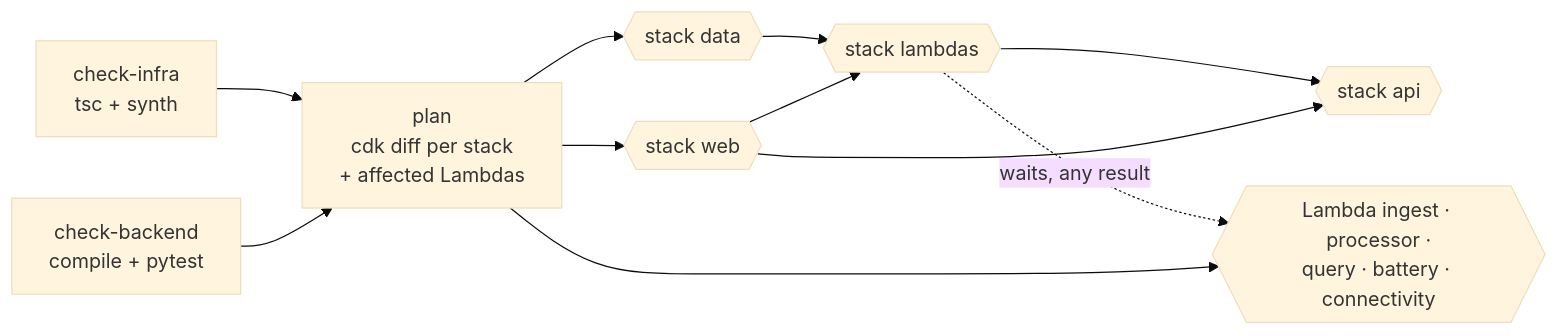
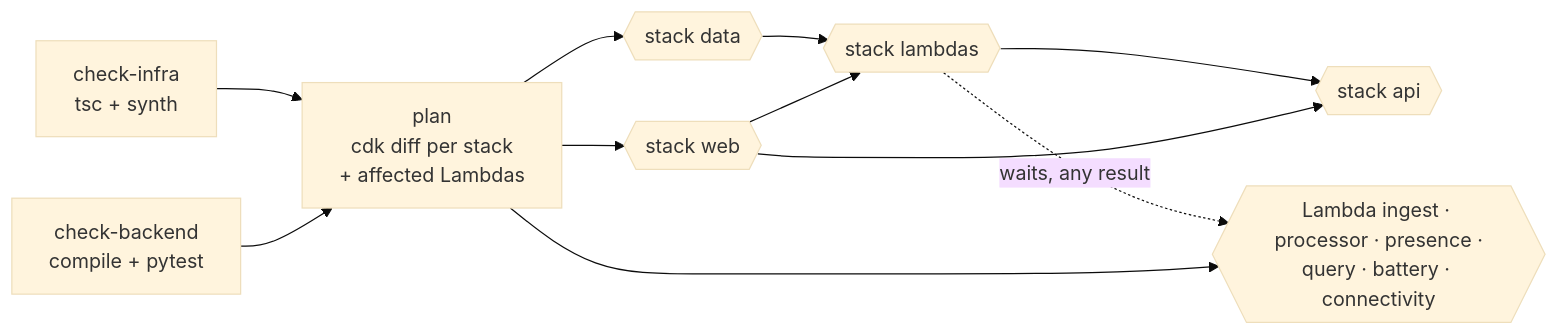
The sixth of 9 diagrams in docs/infrastructure.md (lupseIV/DataInfrastructure_404PorscheNotFound), drawn with Mermaid (base theme) before and after one commit. The commit also changed other lines of this file and 52 other files, not shown here.

````diff
--- a/docs/infrastructure.md
+++ b/docs/infrastructure.md
@@ -289,14 +337,14 @@
 ```mermaid
 flowchart LR
     ci["check-infra<br/>tsc + synth"] --> plan
     cb["check-backend<br/>compile + pytest"] --> plan
     plan["plan<br/>cdk diff per stack<br/>+ affected Lambdas"]
     plan --> web{{"stack web"}}
     plan --> data{{"stack data"}}
     data --> lstack{{"stack lambdas"}}
     web --> lstack
     lstack --> api{{"stack api"}}
     web --> api
-    lstack -. "waits, any result" .-> fns{{"Lambda ingest · processor ·<br/>query · battery · connectivity"}}
+    lstack -. "waits, any result" .-> fns{{"Lambda ingest · processor · presence ·<br/>query · battery · connectivity"}}
     plan --> fns
 ```
````
